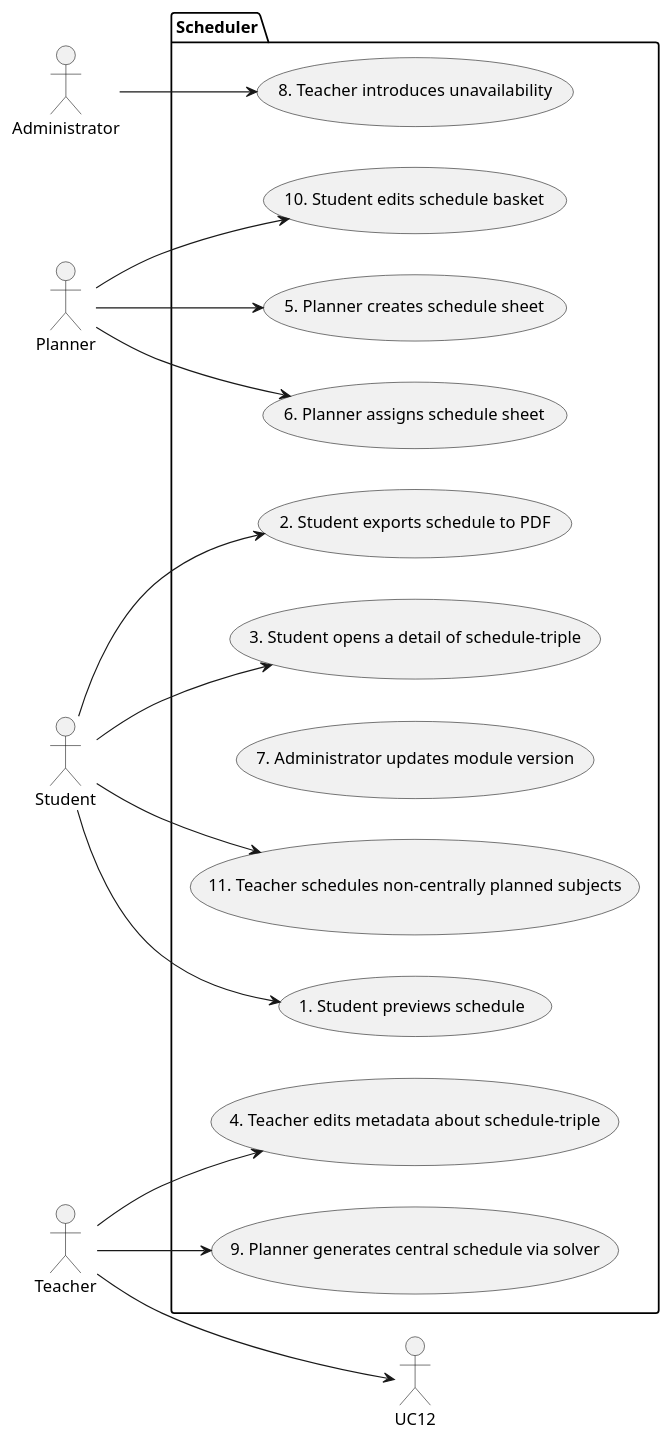
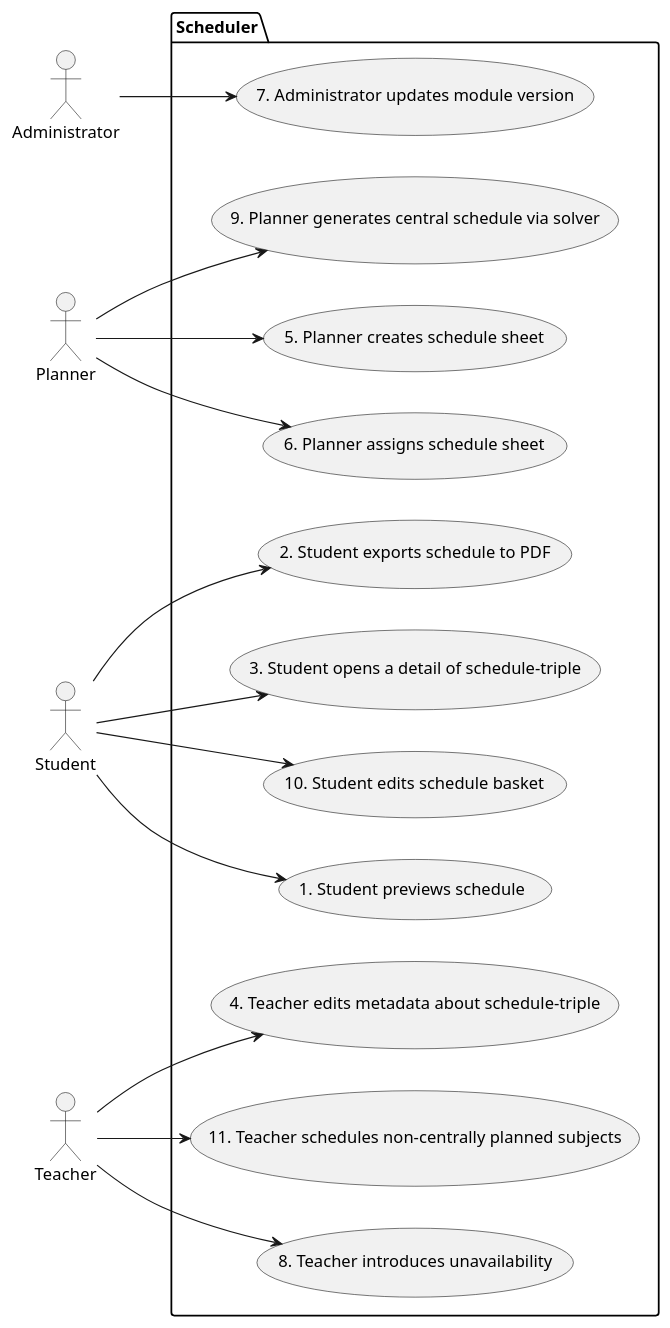
Before and after one commit to schafric/MFF-NSWI041: the second of 11 diagrams in 1/seminar-work.md, drawn with PlantUML. The commit also changed other lines of this file, not shown here.

Commit message:
activity diagram for 7

````diff
--- a/1/seminar-work.md
+++ b/1/seminar-work.md
@@ -241,33 +241,33 @@
 ```plantuml
 @startuml
 left to right direction
 actor Administrator as a
 actor Planner as p
 actor Student as s
 actor Teacher as t
 package Scheduler {
   usecase "1. Student previews schedule" as UC1
   usecase "2. Student exports schedule to PDF" as UC2
   usecase "3. Student opens a detail of schedule-triple" as UC3
   usecase "4. Teacher edits metadata about schedule-triple" as UC4
   usecase "5. Planner creates schedule sheet" as UC5
   usecase "6. Planner assigns schedule sheet" as UC6
   usecase "7. Administrator updates module version" as UC7
   usecase "8. Teacher introduces unavailability" as UC8
   usecase "9. Planner generates central schedule via solver" as UC9
   usecase "10. Student edits schedule basket" as UC10
   usecase "11. Teacher schedules non-centrally planned subjects" as UC11
 }
 s --> UC1
 s --> UC2
 s --> UC3
 t --> UC4
 p --> UC5
 p --> UC6
-a --> UC8
-t --> UC9
-p --> UC10
-s --> UC11
-t --> UC12
+a --> UC7
+t --> UC8
+p --> UC9
+s --> UC10
+t --> UC11
 @enduml
 ```
````
